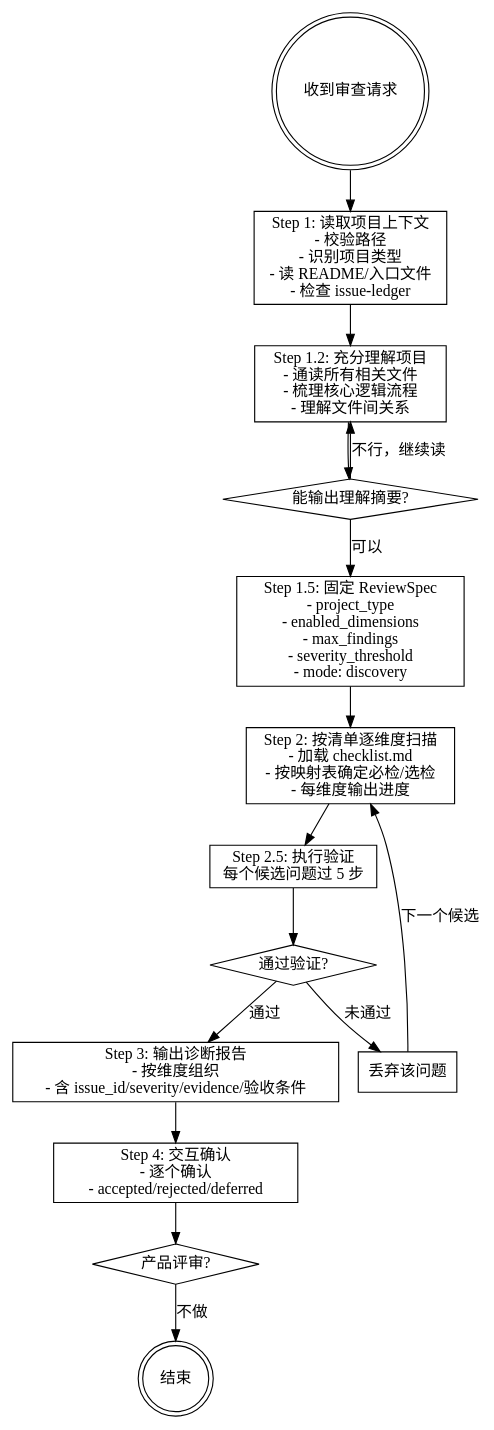
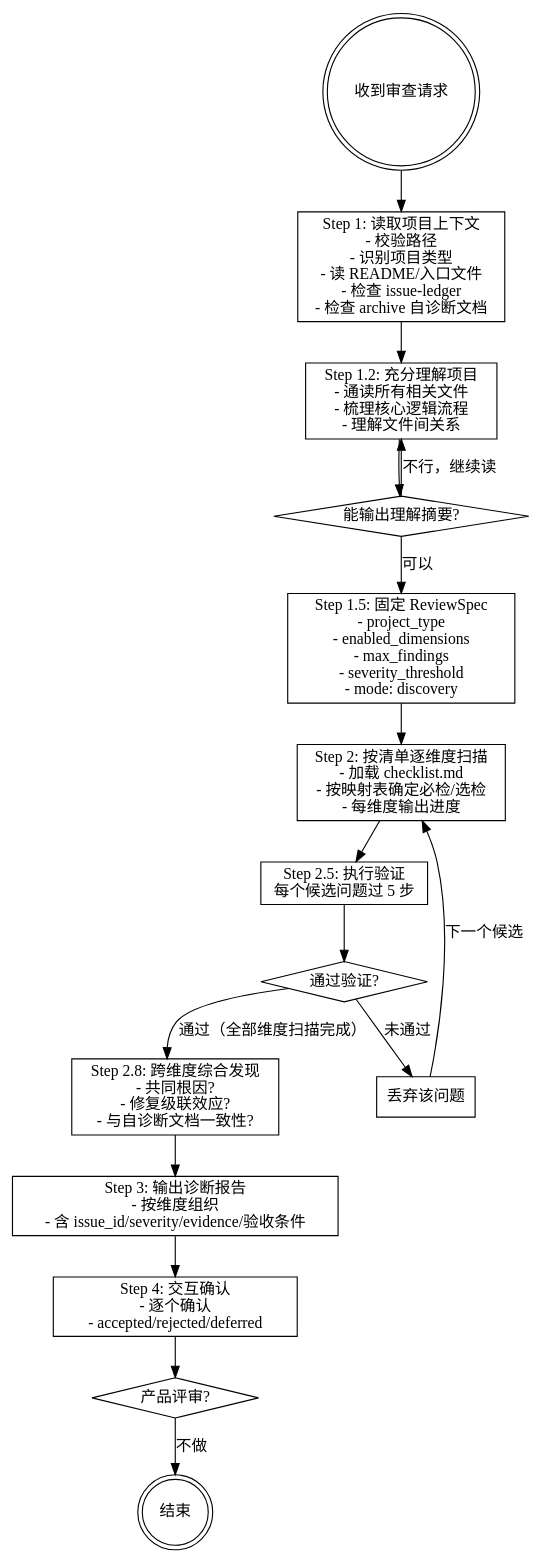
Before and after one commit to lbyxunxunnini/agent-pm: the diagram in references/mode-a.md, drawn with Graphviz. The commit also changed other lines of this file and 10 other files, not shown here.

````diff
--- a/references/mode-a.md
+++ b/references/mode-a.md
@@ -26,35 +26,37 @@
 ```dot
 digraph mode_a {
     rankdir=TB;
     node [shape=box];
 
     start [label="收到审查请求" shape=doublecircle];
-    read_ctx [label="Step 1: 读取项目上下文\n- 校验路径\n- 识别项目类型\n- 读 README/入口文件\n- 检查 issue-ledger"];
+    read_ctx [label="Step 1: 读取项目上下文\n- 校验路径\n- 识别项目类型\n- 读 README/入口文件\n- 检查 issue-ledger\n- 检查 archive 自诊断文档"];
     understand [label="Step 1.2: 充分理解项目\n- 通读所有相关文件\n- 梳理核心逻辑流程\n- 理解文件间关系"];
     summary_check [label="能输出理解摘要?" shape=diamond];
     fix_spec [label="Step 1.5: 固定 ReviewSpec\n- project_type\n- enabled_dimensions\n- max_findings\n- severity_threshold\n- mode: discovery"];
     scan [label="Step 2: 按清单逐维度扫描\n- 加载 checklist.md\n- 按映射表确定必检/选检\n- 每维度输出进度"];
     exec_verify [label="Step 2.5: 执行验证\n每个候选问题过 5 步"];
     pass [shape=diamond label="通过验证?"];
     discard [label="丢弃该问题" shape=box];
+    synthesis [label="Step 2.8: 跨维度综合发现\n- 共同根因?\n- 修复级联效应?\n- 与自诊断文档一致性?"];
     report [label="Step 3: 输出诊断报告\n- 按维度组织\n- 含 issue_id/severity/evidence/验收条件"];
     confirm [label="Step 4: 交互确认\n- 逐个确认\n- accepted/rejected/deferred"];
     product [label="产品评审?" shape=diamond];
     end [shape=doublecircle label="结束"];
 
     start -> read_ctx;
     read_ctx -> understand;
     understand -> summary_check;
     summary_check -> fix_spec [label="可以"];
     summary_check -> understand [label="不行，继续读"];
     fix_spec -> scan;
     scan -> exec_verify;
     exec_verify -> pass;
-    pass -> report [label="通过"];
+    pass -> synthesis [label="通过（全部维度扫描完成）"];
     pass -> discard [label="未通过"];
     discard -> scan [label="下一个候选"];
+    synthesis -> report;
     report -> confirm;
     confirm -> product;
     product -> end [label="不做"];
 }
 ```
````
